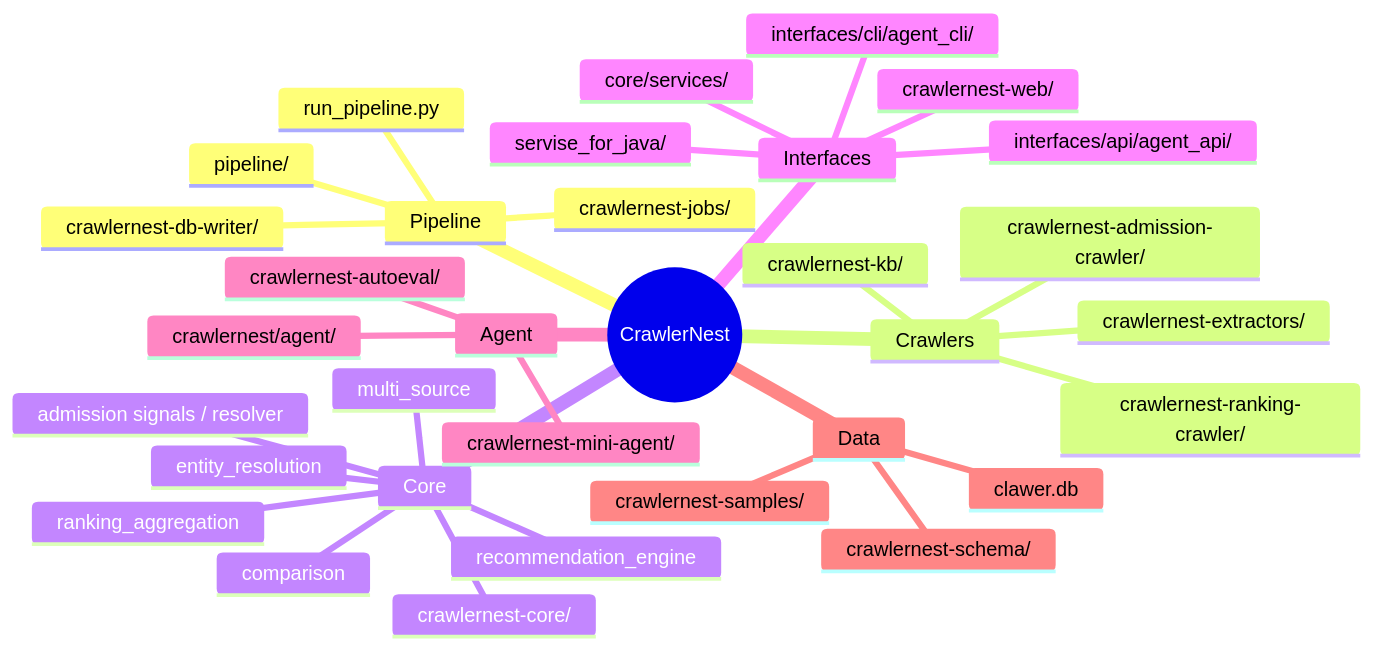
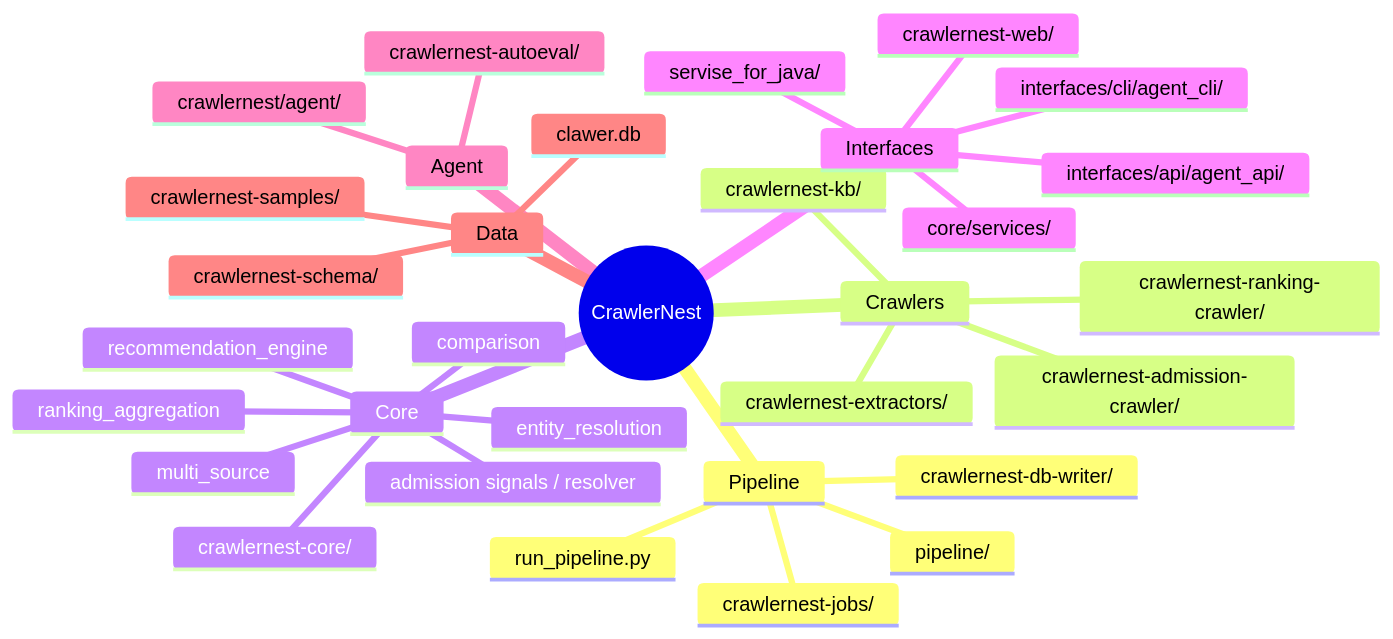
Before and after one commit to heinricitorgau/CrawlerNest: diagram 11 of 11 in docs/legacy/SYSTEM_ENGINE_ARCHITECTURE_legacy.md, drawn with Mermaid. The commit also changed other lines of this file and 339 other files, not shown here.

First line of the commit message:
chore: remove vendored mini-agent and generated lobster-01 runtime copy

````diff
--- a/docs/legacy/SYSTEM_ENGINE_ARCHITECTURE_legacy.md
+++ b/docs/legacy/SYSTEM_ENGINE_ARCHITECTURE_legacy.md
@@ -357,36 +354,35 @@
 ```mermaid
 mindmap
   root((CrawlerNest))
     Pipeline
       run_pipeline.py
       pipeline/
       crawlernest-jobs/
       crawlernest-db-writer/
     Crawlers
       crawlernest-extractors/
       crawlernest-ranking-crawler/
       crawlernest-admission-crawler/
       crawlernest-kb/
     Core
       crawlernest-core/
       entity_resolution
       multi_source
       ranking_aggregation
       recommendation_engine
       admission signals / resolver
       comparison
     Interfaces
       core/services/
       interfaces/api/agent_api/
       interfaces/cli/agent_cli/
       servise_for_java/
       crawlernest-web/
     Agent
       crawlernest/agent/
-      crawlernest-mini-agent/
       crawlernest-autoeval/
     Data
       crawlernest-schema/
       crawlernest-samples/
       clawer.db
 ```
````
